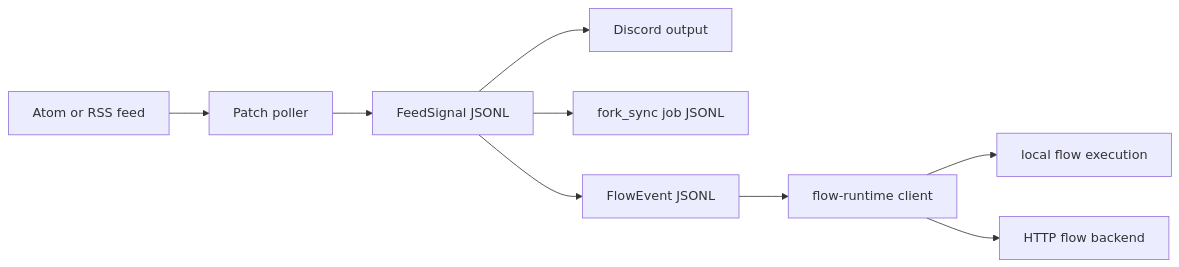
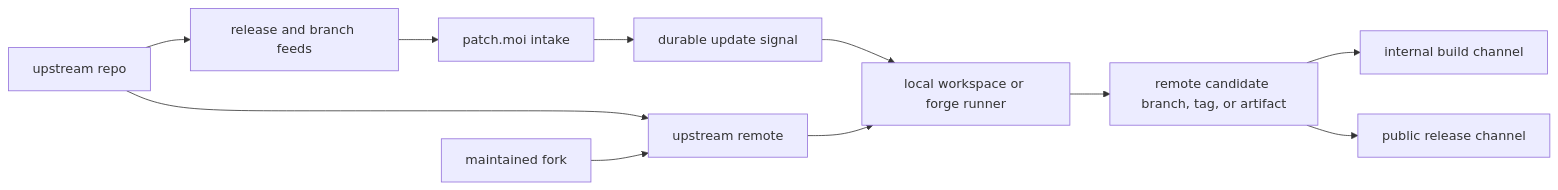
Before and after one commit to peezy-tech/patch.moi: the diagram in docs/pages/index.md, drawn with Mermaid. The commit also changed other lines of this file and 23 other files, not shown here.

````diff
--- a/docs/pages/index.md
+++ b/docs/pages/index.md
@@ -23,11 +25,13 @@
 ```mermaid
 flowchart LR
-  Feed["Atom or RSS feed"] --> Patch["Patch poller"]
-  Patch --> Signal["FeedSignal JSONL"]
-  Signal --> Notify["Discord output"]
-  Signal --> Job["fork_sync job JSONL"]
-  Signal --> Event["FlowEvent JSONL"]
-  Event --> Client["flow-runtime client"]
-  Client --> Local["local flow execution"]
-  Client --> Backend["HTTP flow backend"]
+  Upstream["upstream repo"] --> Feed["release and branch feeds"]
+  Upstream --> Git["upstream remote"]
+  Fork["maintained fork"] --> Git
+  Feed --> Patch["patch.moi intake"]
+  Patch --> Event["durable update signal"]
+  Event --> Workspace["local workspace or forge runner"]
+  Git --> Workspace
+  Workspace --> Candidate["remote candidate branch, tag, or artifact"]
+  Candidate --> Internal["internal build channel"]
+  Candidate --> Public["public release channel"]
 ```
````
